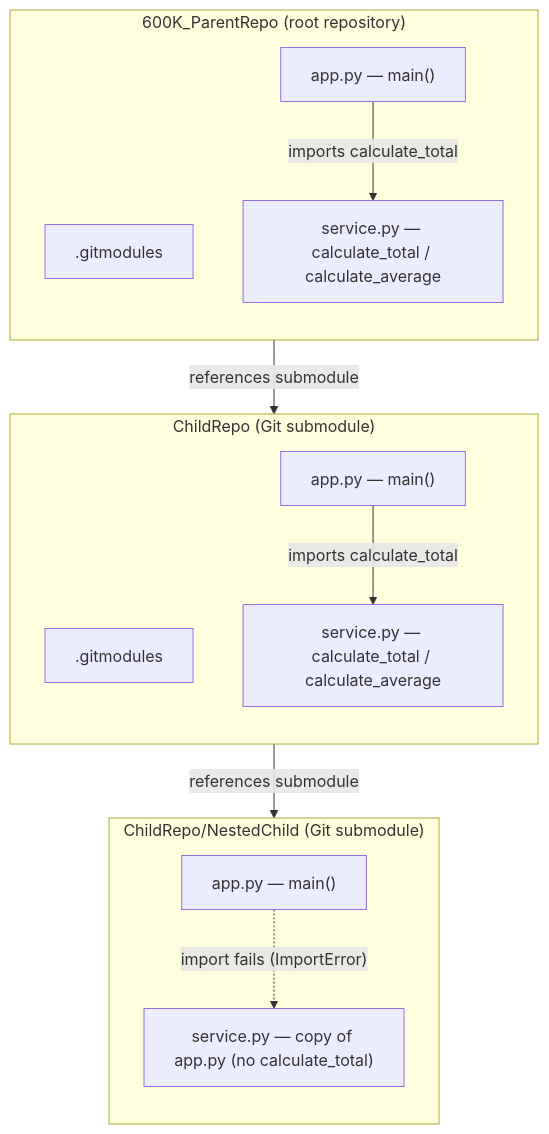
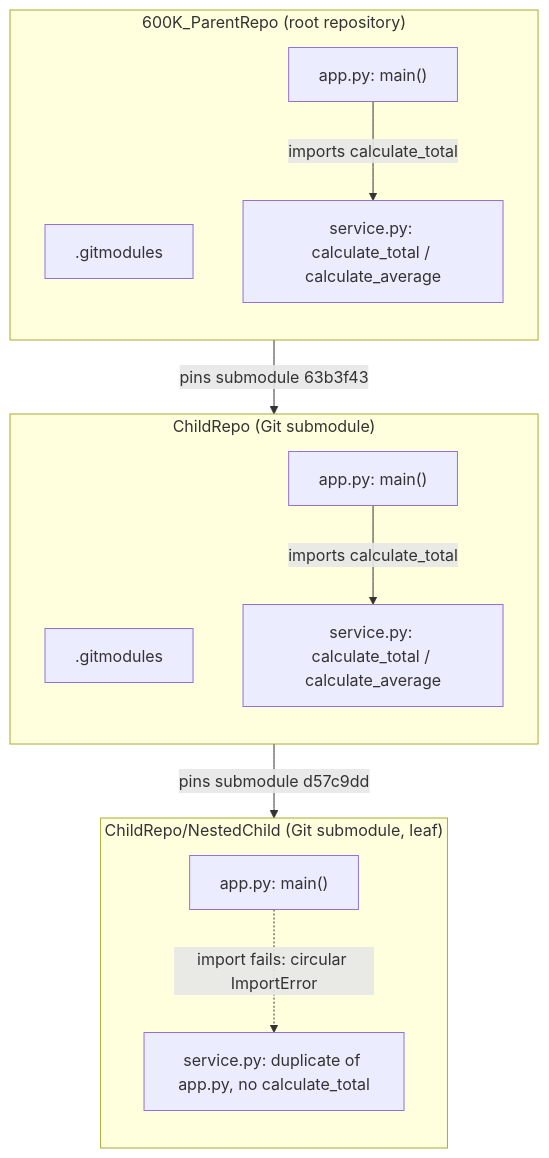
One commit to lakshya-blitzy/600K_ParentRepo changed the first of 43 diagrams in blitzy/documentation/Technical Specifications.md. Above: the diagram before and after it, drawn with Mermaid. The commit also changed other lines of this file, not shown here.

````diff
--- a/blitzy/documentation/Technical Specifications.md
+++ b/blitzy/documentation/Technical Specifications.md
@@ -71,25 +73,25 @@
 ```mermaid
 flowchart TD
     subgraph Parent["600K_ParentRepo (root repository)"]
         direction TB
         PGit[".gitmodules"]
-        PApp["app.py — main()"]
-        PSvc["service.py — calculate_total / calculate_average"]
+        PApp["app.py: main()"]
+        PSvc["service.py: calculate_total / calculate_average"]
         PApp -->|"imports calculate_total"| PSvc
     end
     subgraph Child["ChildRepo (Git submodule)"]
         direction TB
         CGit[".gitmodules"]
-        CApp["app.py — main()"]
-        CSvc["service.py — calculate_total / calculate_average"]
+        CApp["app.py: main()"]
+        CSvc["service.py: calculate_total / calculate_average"]
         CApp -->|"imports calculate_total"| CSvc
     end
-    subgraph Nested["ChildRepo/NestedChild (Git submodule)"]
+    subgraph Nested["ChildRepo/NestedChild (Git submodule, leaf)"]
         direction TB
-        NApp["app.py — main()"]
-        NSvc["service.py — copy of app.py (no calculate_total)"]
-        NApp -.->|"import fails (ImportError)"| NSvc
+        NApp["app.py: main()"]
+        NSvc["service.py: duplicate of app.py, no calculate_total"]
+        NApp -.->|"import fails: circular ImportError"| NSvc
     end
-    PGit -->|"references submodule"| CApp
-    CGit -->|"references submodule"| NApp
+    PGit -->|"pins submodule 63b3f43"| CApp
+    CGit -->|"pins submodule d57c9dd"| NApp
 ```
````
